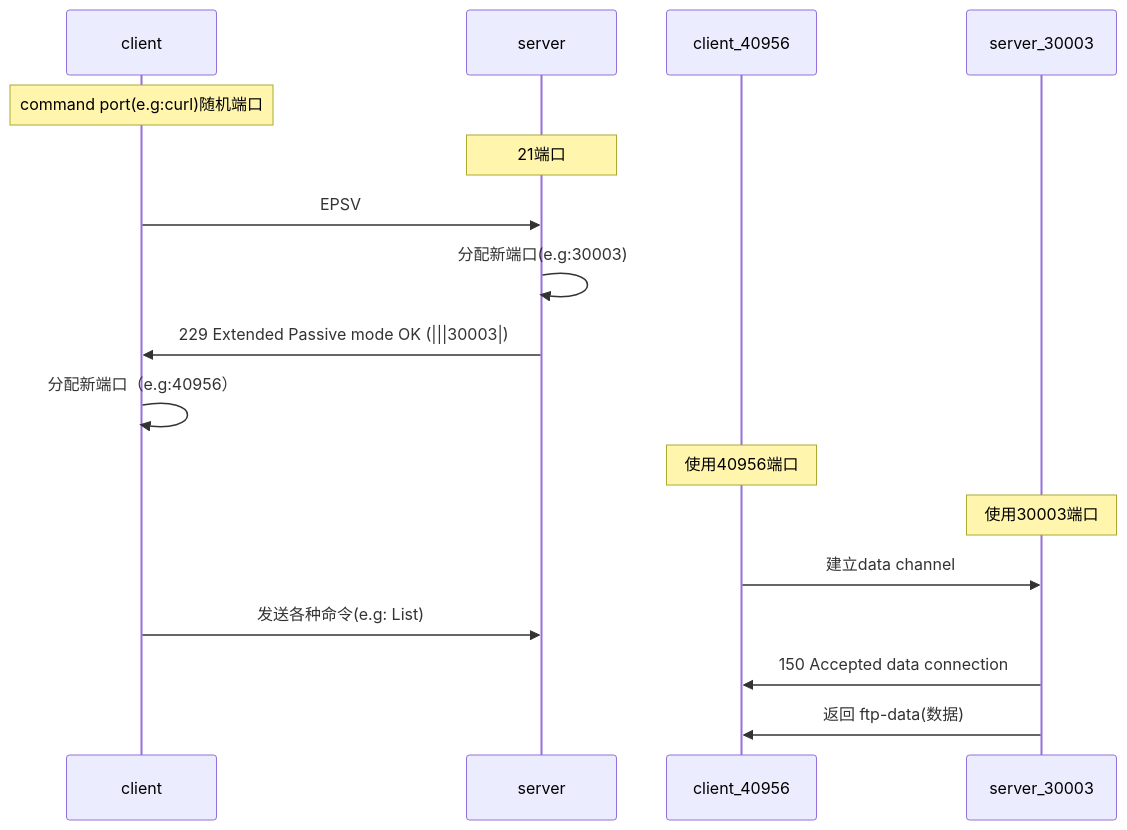
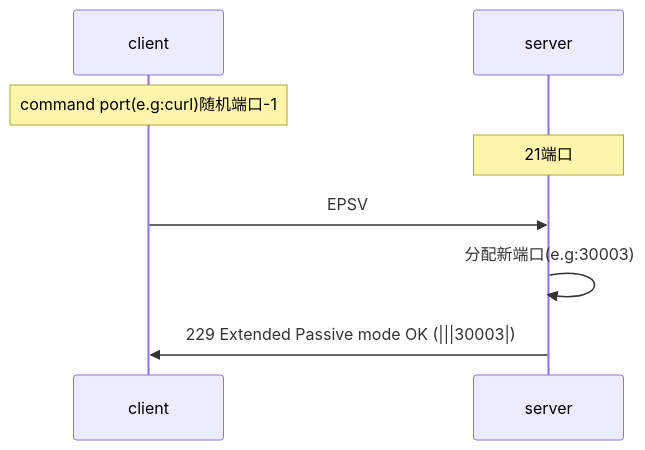
The fourth of 5 diagrams in article/_posts/Linux/2020-10-05-FTP.md (caliburn1994/caliburn1994.github.io), drawn with Mermaid before and after one commit. The commit also changed other lines of this file and 1 other file, not shown here.

````diff
--- a/article/_posts/Linux/2020-10-05-FTP.md
+++ b/article/_posts/Linux/2020-10-05-FTP.md
@@ -98,22 +125,9 @@
 ```mermaid
 sequenceDiagram
-	Note over client: command port(e.g:curl)随机端口
+	Note over client: command port(e.g:curl)随机端口-1
 	Note over server: 21端口
     client->>server: EPSV
     
     server->>server: 分配新端口(e.g:30003)
     server->>client: 229 Extended Passive mode OK (|||30003|)
-    
- 
-    client->>client:分配新端口（e.g:40956）
-    
-    Note over client_40956: 使用40956端口
-    Note over server_30003: 使用30003端口
-    client_40956->>server_30003: 建立data channel
-    
-    client->>server: 发送各种命令(e.g: List)  
-    
-
-    server_30003->>client_40956: 150 Accepted data connection
-    server_30003->>client_40956: 返回 ftp-data(数据)
 ```
````
